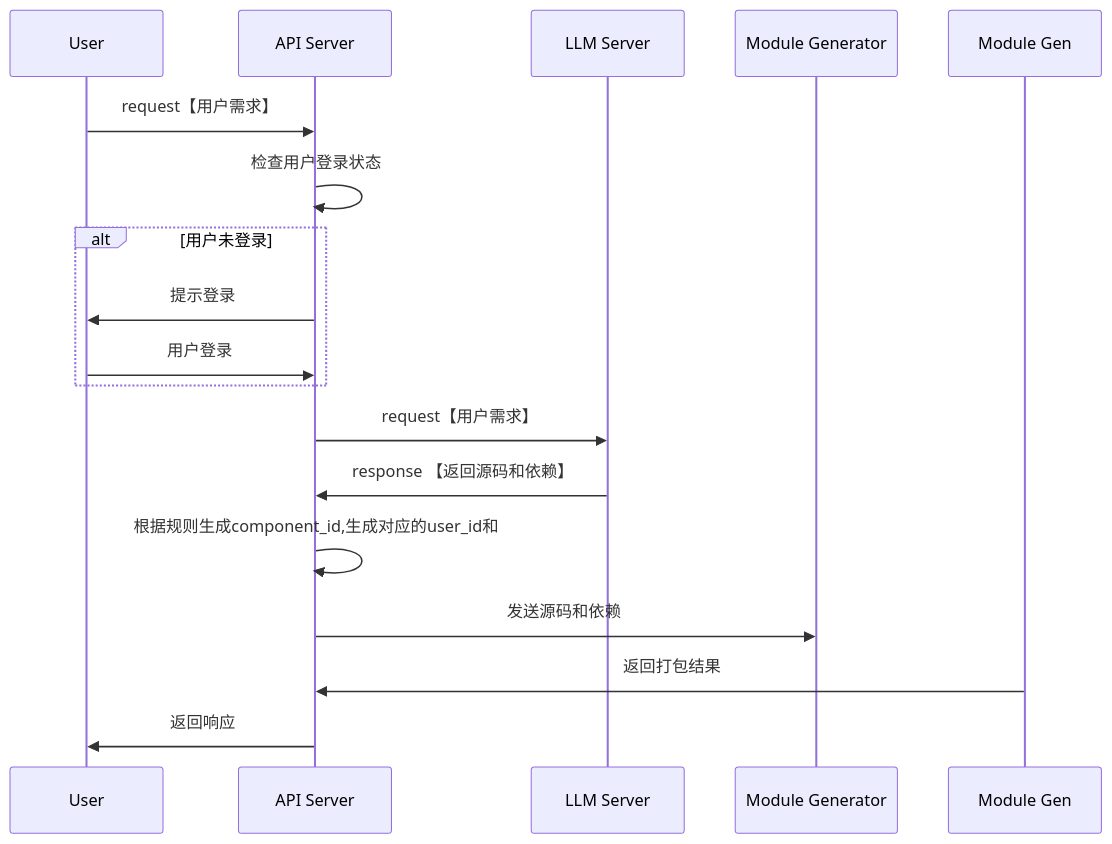
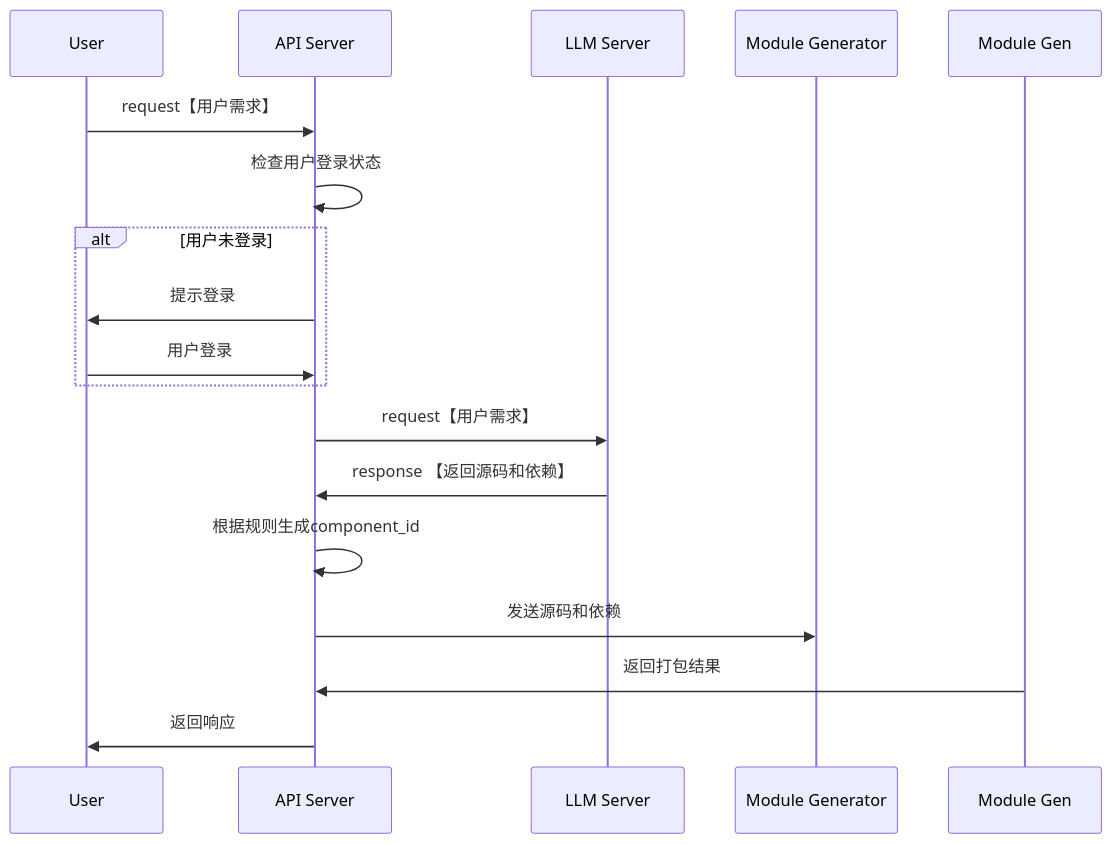
Before and after one commit to yingjianzh/iodraw-files: the diagram in all/未命名-7.md, drawn with Mermaid.

Commit message:
2024-10-08 15:40:16 update

````diff
--- a/all/未命名-7.md
+++ b/all/未命名-7.md
@@ -1,24 +1,24 @@
 ```mermaid
 sequenceDiagram
     participant User
     participant API Server
     participant LLM Server
     participant Module Generator
 
     User->>API Server: request【用户需求】
     API Server->>API Server: 检查用户登录状态
     alt 用户未登录
         API Server->>User: 提示登录
         User->>API Server: 用户登录
     end
 
     API Server->>LLM Server: request【用户需求】
     LLM Server->>API Server: response 【返回源码和依赖】
-    API Server->>API Server: 根据规则生成component_id,生成对应的user_id和
+    API Server->>API Server: 根据规则生成component_id
 
     API Server->>Module Generator: 发送源码和依赖
     Module Gen->>API Server: 返回打包结果
 
     API Server->>User: 返回响应
 
 ```
````
